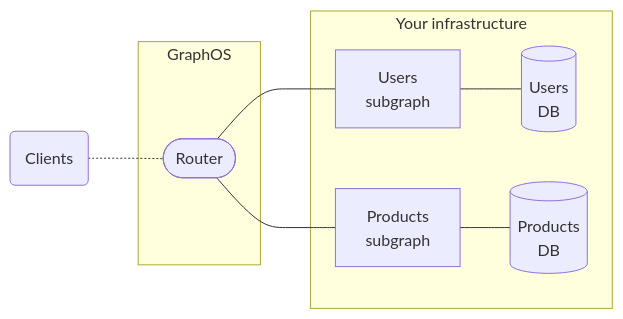
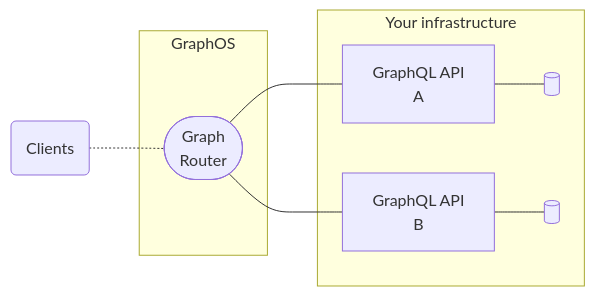
The second of 2 diagrams in src/content/basics/intro/platform.mdx (apollographql/docs), drawn with Mermaid before and after one commit. The commit also changed other lines of this file, not shown here.

Commit message:
Edits to GraphOS platform article

````diff
--- a/src/content/basics/intro/platform.mdx
+++ b/src/content/basics/intro/platform.mdx
@@ -102,18 +102,18 @@
 ```mermaid
 flowchart LR;
   clients(Clients);
   subgraph "GraphOS";
-  router(["Router"]);
+  router(["Graph<br/>Router"]);
   end;
   subgraph "Your infrastructure";
-  subgraphA[Users<br/>subgraph];
-  subgraphB[Products<br/>subgraph];
-  dbA[(Users<br/>DB)];
-  dbB[(Products<br/>DB)];
+  subgraphA[GraphQL API<br/>A];
+  subgraphB[GraphQL API<br/>B];
+  dbA[( )];
+  dbB[( )];
   router --- subgraphA & subgraphB;
   subgraphA --- dbA;
   subgraphB --- dbB;
   end;
   clients -.- router;
   class clients secondary;
 ```
````
